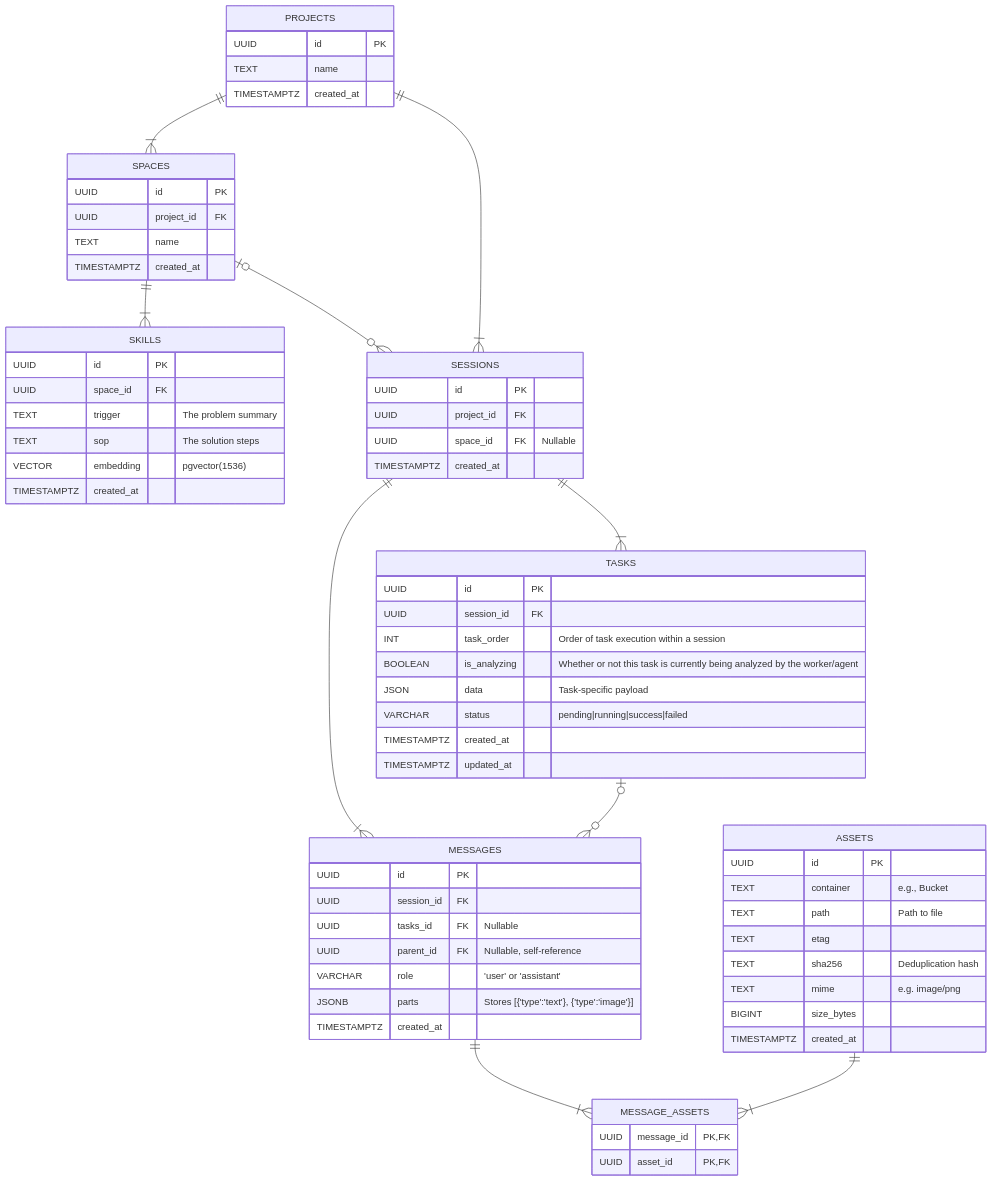
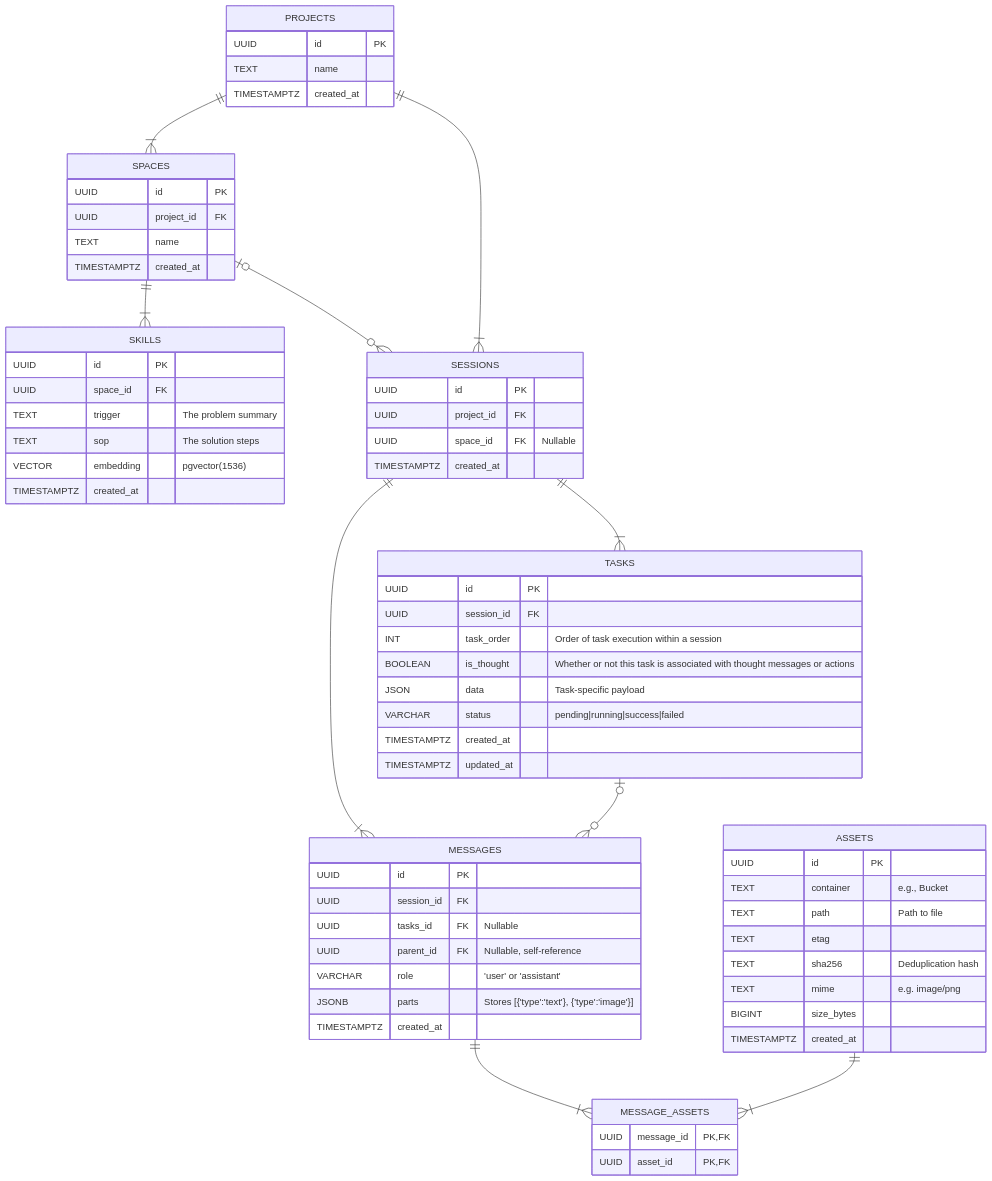
The second of 2 diagrams in README.md (w-h-a/gomento), drawn with Mermaid before and after one commit. The commit also changed other lines of this file and 19 other files, not shown here.

````diff
--- a/README.md
+++ b/README.md
@@ -70,82 +70,82 @@
 ```mermaid
 erDiagram
     PROJECTS {
         UUID id PK
         TEXT name
         TIMESTAMPTZ created_at
     }
 
     SPACES {
         UUID id PK
         UUID project_id FK
         TEXT name
         TIMESTAMPTZ created_at
     }
 
     SKILLS {
         UUID id PK
         UUID space_id FK
         TEXT trigger "The problem summary"
         TEXT sop "The solution steps"
         VECTOR embedding "pgvector(1536)"
         TIMESTAMPTZ created_at
     }
 
     SESSIONS {
         UUID id PK
         UUID project_id FK
         UUID space_id FK "Nullable"
         TIMESTAMPTZ created_at
     }
 
     TASKS {
         UUID id PK
         UUID session_id FK
         INT task_order "Order of task execution within a session"
-        BOOLEAN is_analyzing "Whether or not this task is currently being analyzed by the worker/agent"
+        BOOLEAN is_thought "Whether or not this task is associated with thought messages or actions"
         JSON data "Task-specific payload"
         VARCHAR status "pending|running|success|failed"
         TIMESTAMPTZ created_at
         TIMESTAMPTZ updated_at
     }
 
     MESSAGES {
         UUID id PK
         UUID session_id FK
         UUID tasks_id FK "Nullable"
         UUID parent_id FK "Nullable, self-reference"
         VARCHAR role "'user' or 'assistant'"
         JSONB parts "Stores [{'type':'text'}, {'type':'image'}]"
         TIMESTAMPTZ created_at
     }
 
     ASSETS {
         UUID id PK
         TEXT container "e.g., Bucket"
         TEXT path "Path to file"
         TEXT etag
         TEXT sha256 "Deduplication hash"
         TEXT mime "e.g. image/png"
         BIGINT size_bytes
         TIMESTAMPTZ created_at
     }
 
     MESSAGE_ASSETS {
         UUID message_id PK, FK
         UUID asset_id PK, FK
     }
 
     PROJECTS ||--|{ SPACES : ""
     PROJECTS ||--|{ SESSIONS : ""
     
     SPACES ||--|{ SKILLS : ""
     SPACES |o--o{ SESSIONS : ""
     
     SESSIONS ||--|{ MESSAGES : ""
     SESSIONS ||--|{ TASKS : ""
 
     TASKS |o--o{ MESSAGES : ""
 
     MESSAGES ||--|{ MESSAGE_ASSETS : ""
     ASSETS ||--|{ MESSAGE_ASSETS : ""
 ```
````
